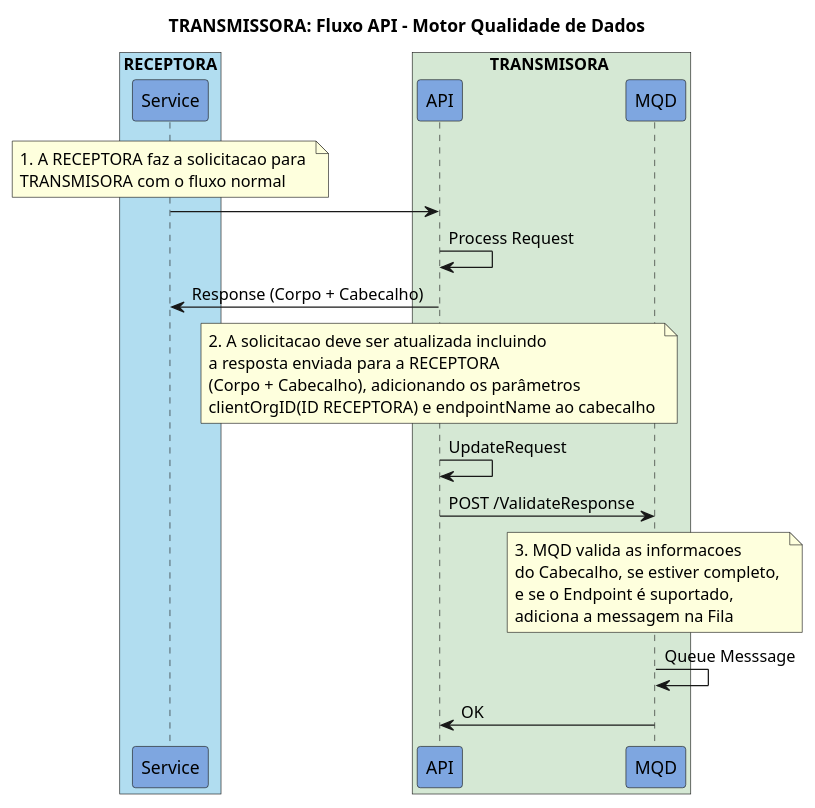
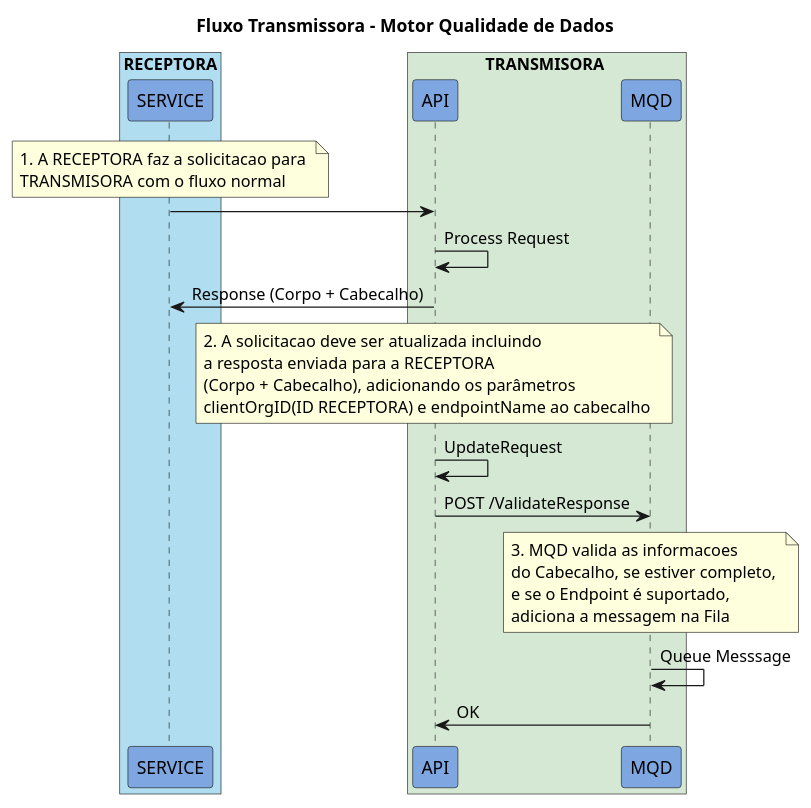
One commit to OpenBanking-Brasil/mqd-client changed the diagram in docs/Arquitetura/desenhos/transmissora_fluxo_API.puml. Above: the diagram before and after it, drawn with PlantUML. The commit also changed 22 other files, not shown here.

Commit message:
Architecture documentation was updated

```diff
--- a/docs/Arquitetura/desenhos/transmissora_fluxo_API.puml
+++ b/docs/Arquitetura/desenhos/transmissora_fluxo_API.puml
@@ -1,40 +1,39 @@
 @startuml
-title TRANSMISSORA: Fluxo API - Motor Qualidade de Dados
+title Fluxo Transmissora - Motor Qualidade de Dados
 
 box "RECEPTORA" #B1DDF0
-  participant Service #7EA6E0
+  participant SERVICE #7EA6E0
 end box
 
 box TRANSMISORA #D5E8D4
   participant API #7EA6E0
   participant MQD #7EA6E0
 end box
 
-note over Service 
+note over SERVICE 
    1. A RECEPTORA faz a solicitacao para 
    TRANSMISORA com o fluxo normal
 end note
 
-Service -> API
+SERVICE -> API
 API -> API: Process Request
-API -> Service: Response (Corpo + Cabecalho)
+API -> SERVICE: Response (Corpo + Cabecalho)
   note over API 
      2. A solicitacao deve ser atualizada incluindo 
      a resposta enviada para a RECEPTORA
      (Corpo + Cabecalho), adicionando os parâmetros 
      clientOrgID(ID RECEPTORA) e endpointName ao cabecalho 
   end note
 API -> API : UpdateRequest
 
 API -> MQD: POST /ValidateResponse
 note over MQD
   3. MQD valida as informacoes 
   do Cabecalho, se estiver completo, 
   e se o Endpoint é suportado,
   adiciona a messagem na Fila
 end note
 MQD -> MQD: Queue Messsage
 MQD -> API : OK
 
-
 @enduml
```
